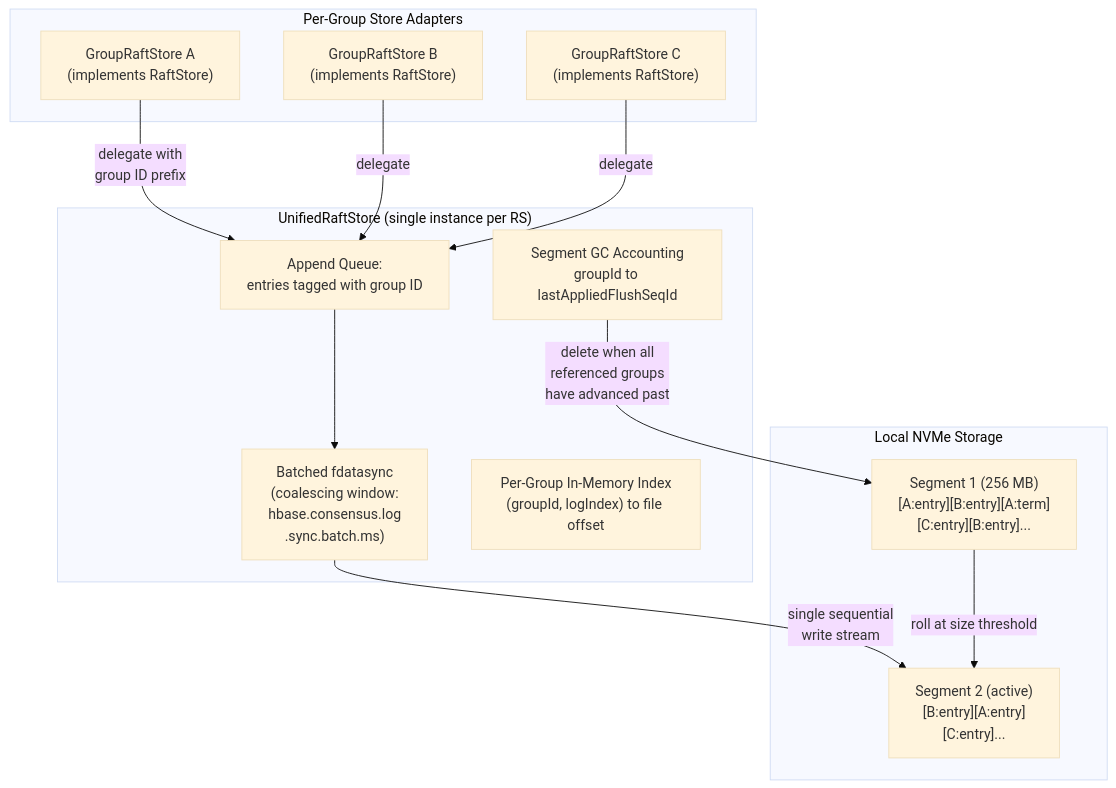
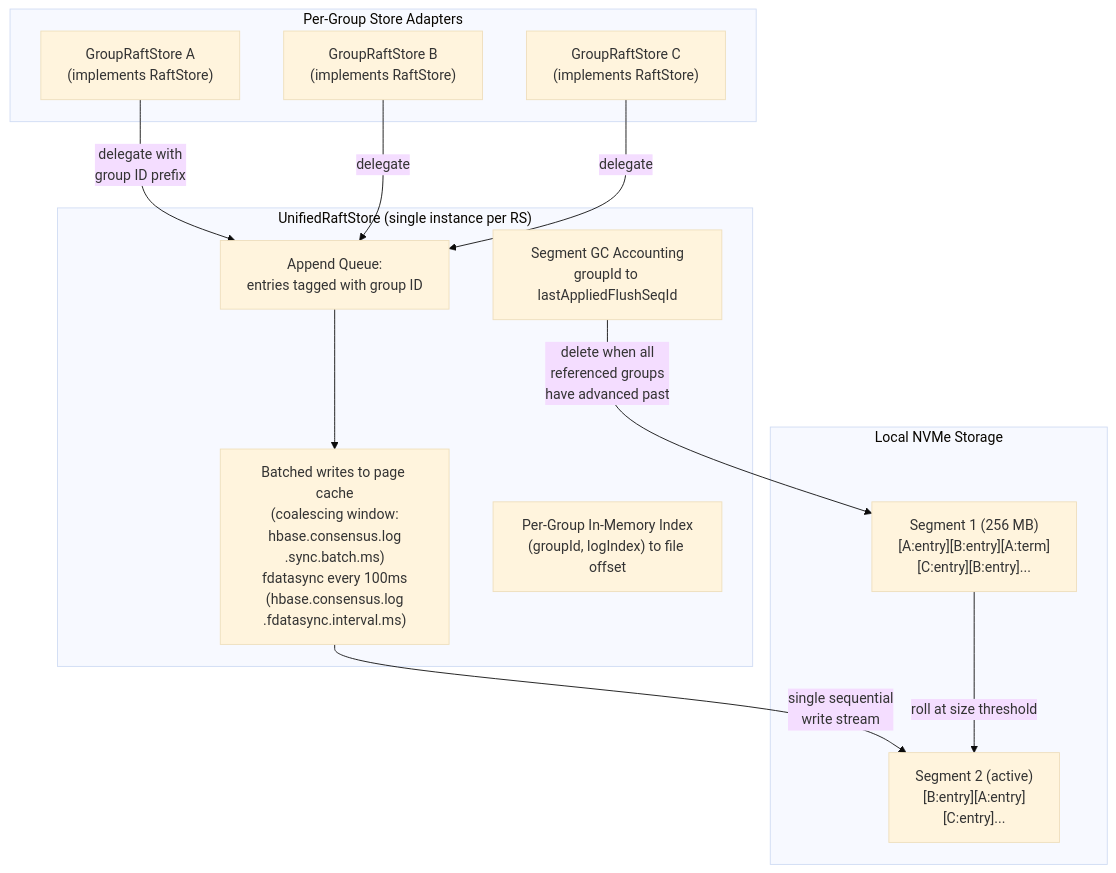
The fourth of 16 diagrams in RAFT_REGION_REPLICAS.md (apurtell/hbase), drawn with Mermaid (base theme) before and after one commit. The commit also changed other lines of this file and 6 other files, not shown here.

````diff
--- a/RAFT_REGION_REPLICAS.md
+++ b/RAFT_REGION_REPLICAS.md
@@ -381,29 +365,29 @@
 ```mermaid
 flowchart TD
     subgraph adapters ["Per-Group Store Adapters"]
         GS_A["GroupRaftStore A<br/>(implements RaftStore)"]
         GS_B["GroupRaftStore B<br/>(implements RaftStore)"]
         GS_C["GroupRaftStore C<br/>(implements RaftStore)"]
     end
 
     subgraph unified ["UnifiedRaftStore (single instance per RS)"]
         AppendQ["Append Queue:<br/>entries tagged with group ID"]
-        SyncBatch["Batched fdatasync<br/>(coalescing window:<br/>hbase.consensus.log<br/>.sync.batch.ms)"]
+        SyncBatch["Batched writes to page cache<br/>(coalescing window:<br/>hbase.consensus.log<br/>.sync.batch.ms)<br/>fdatasync every 100ms<br/>(hbase.consensus.log<br/>.fdatasync.interval.ms)"]
         Index["Per-Group In-Memory Index<br/>(groupId, logIndex) to file offset"]
         GC["Segment GC Accounting<br/>groupId to lastAppliedFlushSeqId"]
     end
 
     subgraph storage ["Local NVMe Storage"]
         Seg1["Segment 1 (256 MB)<br/>[A:entry][B:entry][A:term]<br/>[C:entry][B:entry]..."]
         Seg2["Segment 2 (active)<br/>[B:entry][A:entry]<br/>[C:entry]..."]
     end
 
     GS_A -->|"delegate with<br/>group ID prefix"| AppendQ
     GS_B -->|"delegate"| AppendQ
     GS_C -->|"delegate"| AppendQ
 
     AppendQ --> SyncBatch
     SyncBatch -->|"single sequential<br/>write stream"| Seg2
     Seg1 -->|"roll at size threshold"| Seg2
     GC -->|"delete when all<br/>referenced groups<br/>have advanced past"| Seg1
 ```
````
